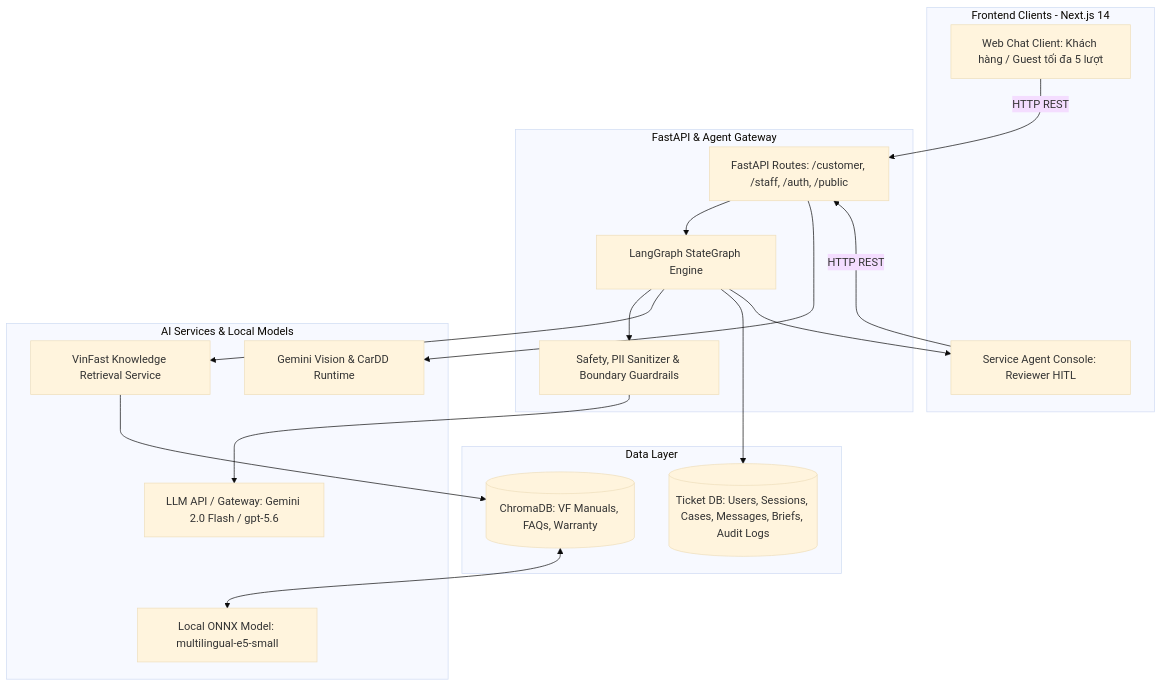
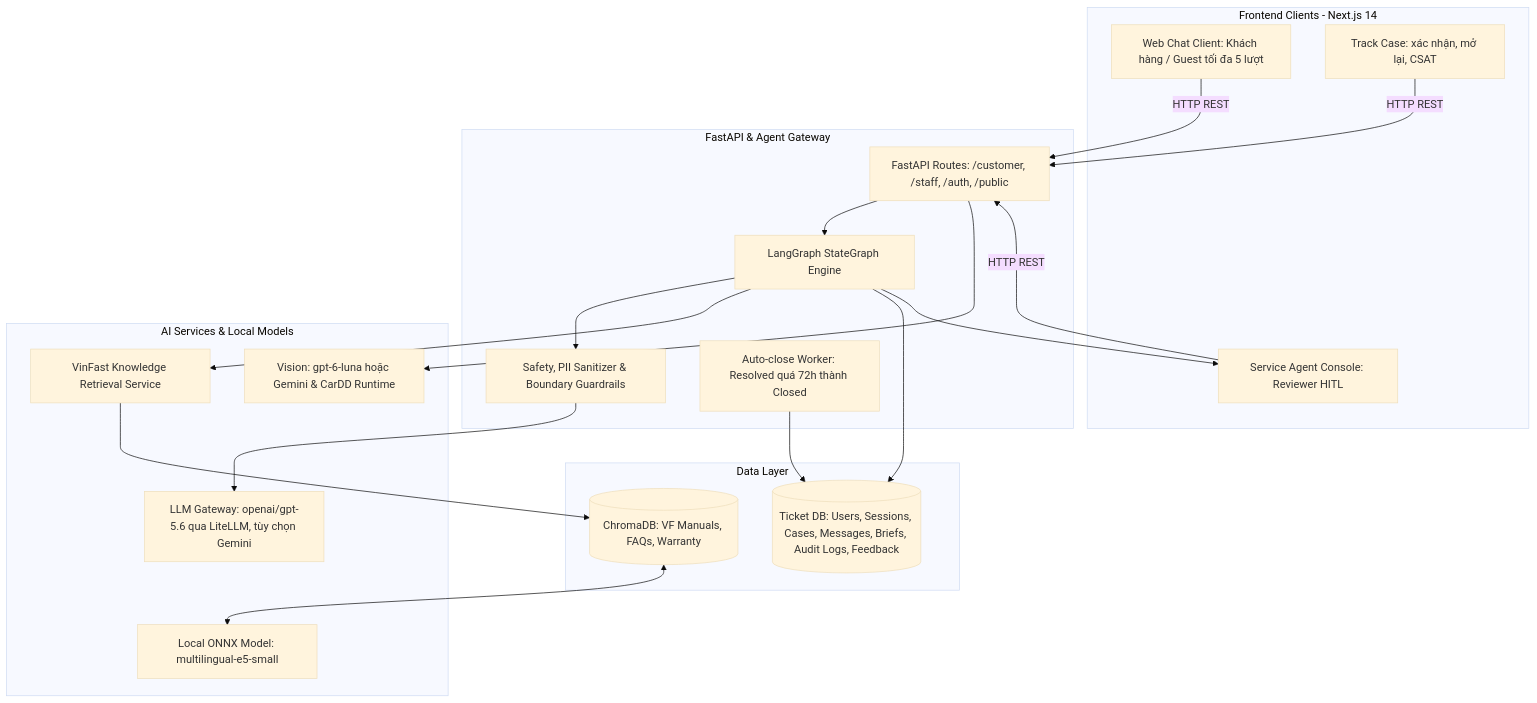
Before and after one commit to TheViet298/viet-ai: the first of 2 diagrams in ARCHITECTURE.md, drawn with Mermaid (base theme). The commit also changed other lines of this file and 11 other files, not shown here.

Commit message:
docs: update system architecture diagrams, contracts, and documentation

````diff
--- a/ARCHITECTURE.md
+++ b/ARCHITECTURE.md
@@ -14,37 +14,41 @@
 ```mermaid
 graph TB
     subgraph Frontend[Frontend Clients - Next.js 14]
         WC[Web Chat Client: Khách hàng / Guest tối đa 5 lượt]
+        Track[Track Case: xác nhận, mở lại, CSAT]
         Console[Service Agent Console: Reviewer HITL]
     end
 
     subgraph Backend[FastAPI & Agent Gateway]
         API[FastAPI Routes: /customer, /staff, /auth, /public]
         Agent[LangGraph StateGraph Engine]
         Guard[Safety, PII Sanitizer & Boundary Guardrails]
+        Worker[Auto-close Worker: Resolved quá 72h thành Closed]
     end
 
     subgraph Intelligence[AI Services & Local Models]
-        LLM[LLM API / Gateway: Gemini 2.0 Flash / gpt-5.6]
-        Vision[Gemini Vision & CarDD Runtime]
+        LLM[LLM Gateway: openai/gpt-5.6 qua LiteLLM, tùy chọn Gemini]
+        Vision[Vision: gpt-6-luna hoặc Gemini & CarDD Runtime]
         RAG[VinFast Knowledge Retrieval Service]
         LocalONNX[Local ONNX Model: multilingual-e5-small]
     end
 
     subgraph Storage[Data Layer]
-        DB[(Ticket DB: Users, Sessions, Cases, Messages, Briefs, Audit Logs)]
+        DB[(Ticket DB: Users, Sessions, Cases, Messages, Briefs, Audit Logs, Feedback)]
         VectorStore[(ChromaDB: VF Manuals, FAQs, Warranty)]
     end
 
     WC -->|HTTP REST| API
+    Track -->|HTTP REST| API
     Console -->|HTTP REST| API
     API --> Agent
     Agent --> Guard
     Guard --> LLM
     API --> Vision
     Agent --> RAG
     RAG --> VectorStore
     VectorStore <--> LocalONNX
     Agent --> DB
+    Worker --> DB
     Agent --> Console
 ```
````
